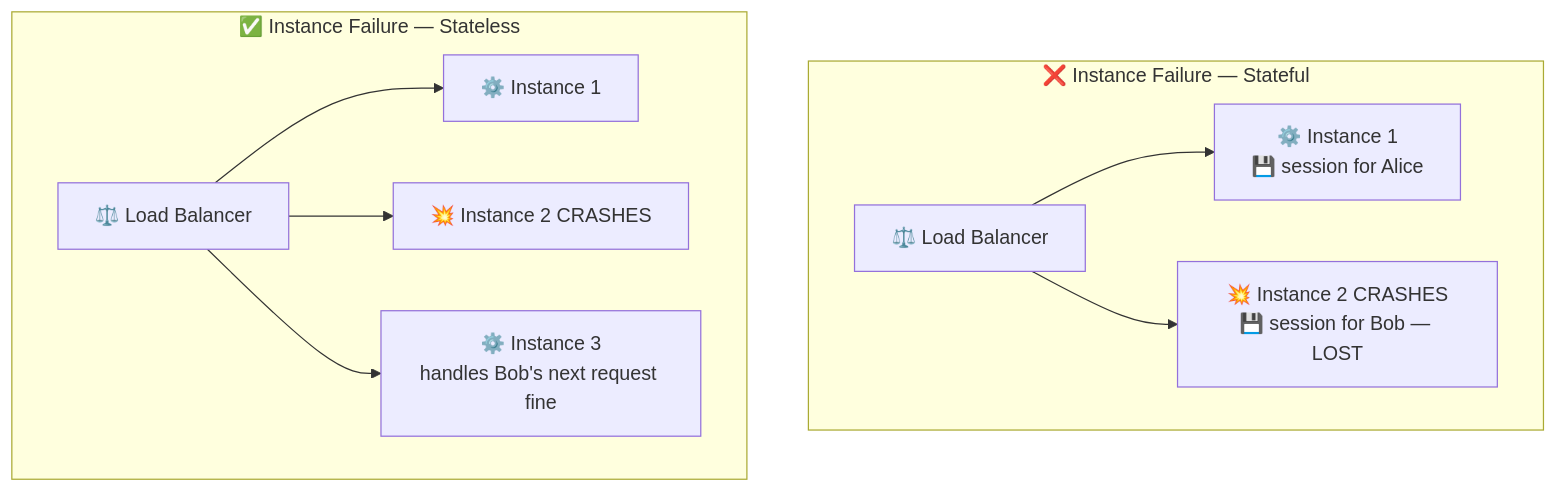
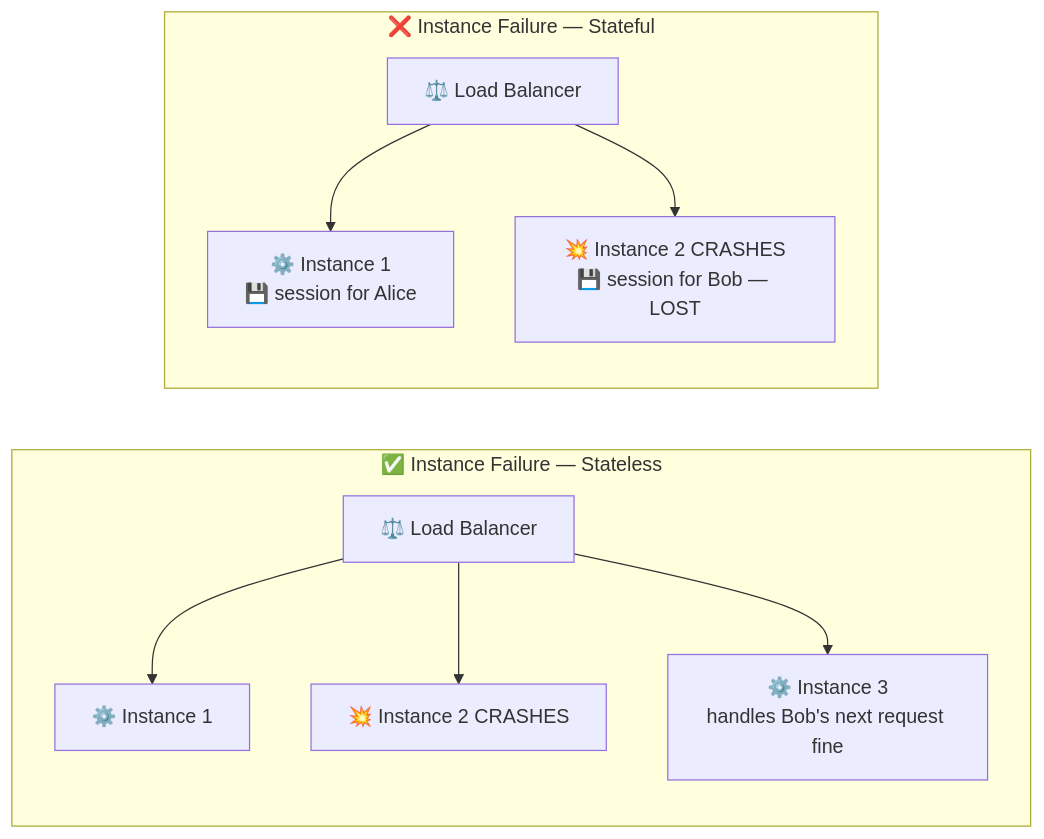
The eighth of 8 diagrams in internal/fundamentals/api-fundamentals/03-statelessness.md (romangurevitch/GoTraining), drawn with Mermaid before and after one commit. The commit also changed other lines of this file and 20 other files, not shown here.

````diff
--- a/internal/fundamentals/api-fundamentals/03-statelessness.md
+++ b/internal/fundamentals/api-fundamentals/03-statelessness.md
@@ -202,20 +219,24 @@
 ```mermaid
-graph TB
+graph TD
     subgraph Before["❌ Instance Failure — Stateful"]
+        direction TB
         BL["⚖️ Load Balancer"]
         BI1["⚙️ Instance 1<br/>💾 session for Alice"]
         BI2["💥 Instance 2 CRASHES<br/>💾 session for Bob — LOST"]
         BL --> BI1
         BL --> BI2
     end
 
+    Before ~~~ After
+
     subgraph After["✅ Instance Failure — Stateless"]
+        direction TB
         AL["⚖️ Load Balancer"]
         AI1["⚙️ Instance 1"]
         AI2["💥 Instance 2 CRASHES"]
         AI3["⚙️ Instance 3<br/>handles Bob's next request fine"]
         AL --> AI1
         AL --> AI2
         AL --> AI3
     end
 ```
````
